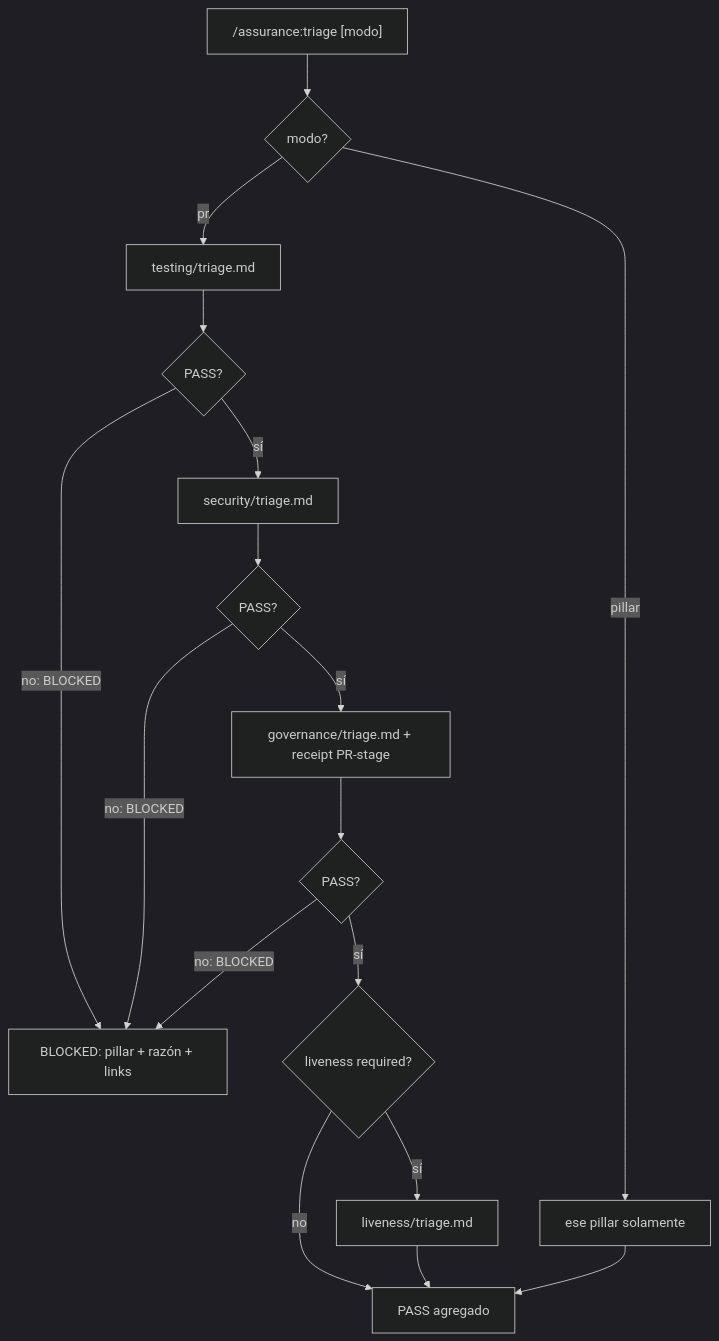
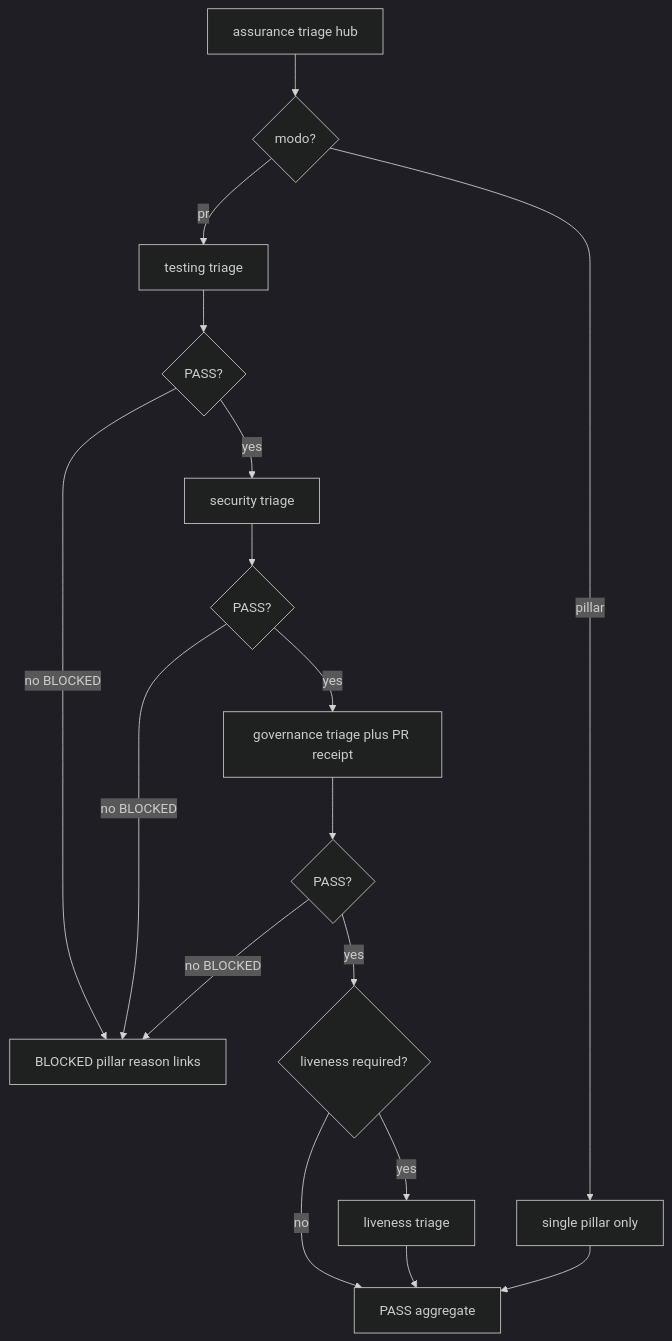
One commit to chimeranext/better-toolkits changed the first of 2 diagrams in toolkits/assurance-toolkit/references/triage/protocol.md. Above: the diagram before and after it, drawn with Mermaid (dark theme). The commit also changed other lines of this file and 1 other file, not shown here.

Commit message:
fix(assurance): GitHub-safe Mermaid in triage protocol (#77)
Align hub flowchart and sequence diagrams with github.com renderer limits;
record LESSONS L1 and link upcoming platform/diagrams/mermaid-github record.

````diff
--- a/toolkits/assurance-toolkit/references/triage/protocol.md
+++ b/toolkits/assurance-toolkit/references/triage/protocol.md
@@ -42,19 +42,19 @@
 ```mermaid
 flowchart TD
-    I["/assurance:triage [modo]"] --> M{modo?}
-    M -->|pr| T[testing/triage.md]
-    M -->|pillar| P[ese pillar solamente]
+    I["assurance triage hub"] --> M{modo?}
+    M -->|pr| T["testing triage"]
+    M -->|pillar| P["single pillar only"]
     T --> VT{PASS?}
-    VT -->|no: BLOCKED| B[BLOCKED: pillar + razón + links]
-    VT -->|sí| S[security/triage.md]
+    VT -->|no BLOCKED| B["BLOCKED pillar reason links"]
+    VT -->|yes| S["security triage"]
     S --> VS{PASS?}
-    VS -->|no: BLOCKED| B
-    VS -->|sí| G[governance/triage.md + receipt PR-stage]
+    VS -->|no BLOCKED| B
+    VS -->|yes| G["governance triage plus PR receipt"]
     G --> VG{PASS?}
-    VG -->|no: BLOCKED| B
-    VG -->|sí| L{liveness required?}
-    L -->|no| V[PASS agregado]
-    L -->|sí| LV[liveness/triage.md]
+    VG -->|no BLOCKED| B
+    VG -->|yes| L{liveness required?}
+    L -->|no| V["PASS aggregate"]
+    L -->|yes| LV["liveness triage"]
     LV --> V
     P --> V
 ```
````
